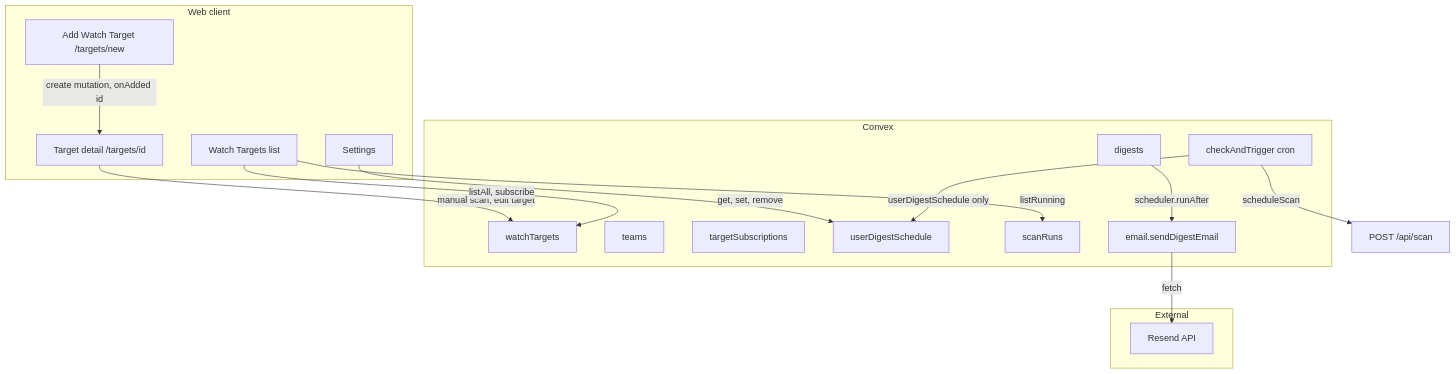
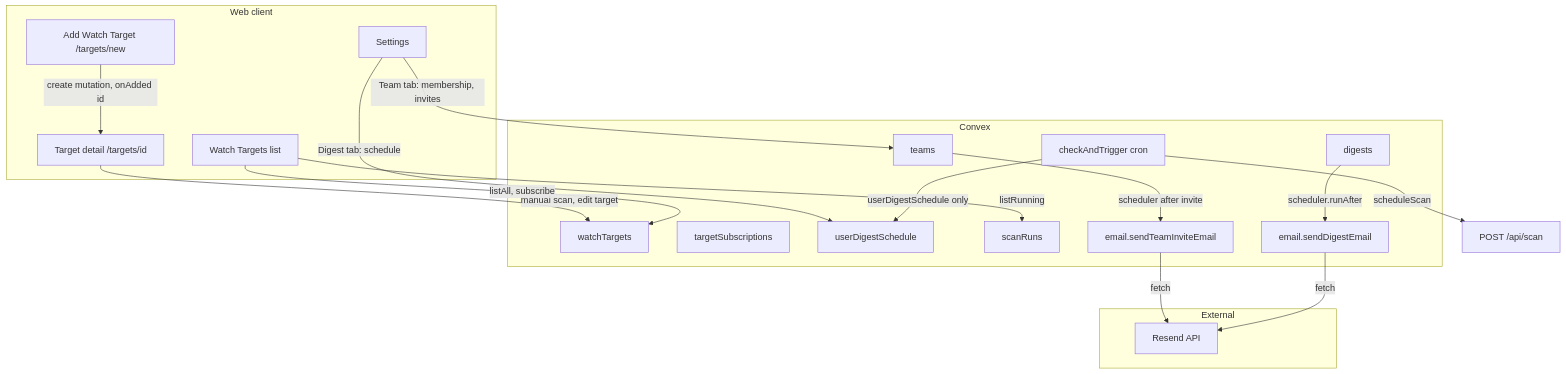
One commit to nll-ai/compass changed the diagram in docs/HLD.md. Above: the diagram before and after it, drawn with Mermaid. The commit also changed other lines of this file and 6 other files, not shown here.

````diff
--- a/docs/HLD.md
+++ b/docs/HLD.md
@@ -104,34 +106,38 @@
 ```mermaid
 flowchart TB
   subgraph client [Web client]
     TargetsPage[Watch Targets list]
     NewTarget[Add Watch Target /targets/new]
     TargetDetail[Target detail /targets/id]
     Settings[Settings]
   end
 
   subgraph convex [Convex]
     WT[watchTargets]
     Teams[teams]
     Subs[targetSubscriptions]
     UDS[userDigestSchedule]
     scanRuns[scanRuns]
     Digests[digests]
     EmailAction[email.sendDigestEmail]
+    InviteEmail[email.sendTeamInviteEmail]
     Cron[checkAndTrigger cron]
   end
 
   subgraph external [External]
     Resend[Resend API]
   end
 
   NewTarget -->|create mutation, onAdded id| TargetDetail
   TargetDetail -->|manual scan, edit target| WT
-  Settings -->|get, set, remove| UDS
+  Settings -->|Digest tab: schedule| UDS
+  Settings -->|Team tab: membership, invites| Teams
+  Teams -->|scheduler after invite| InviteEmail
+  InviteEmail -->|fetch| Resend
   TargetsPage -->|listAll, subscribe| WT
   TargetsPage -->|listRunning| scanRuns
   Cron -->|userDigestSchedule only| UDS
   Cron -->|scheduleScan| ScanAPI[POST /api/scan]
   Digests -->|scheduler.runAfter| EmailAction
   EmailAction -->|fetch| Resend
 ```
````
